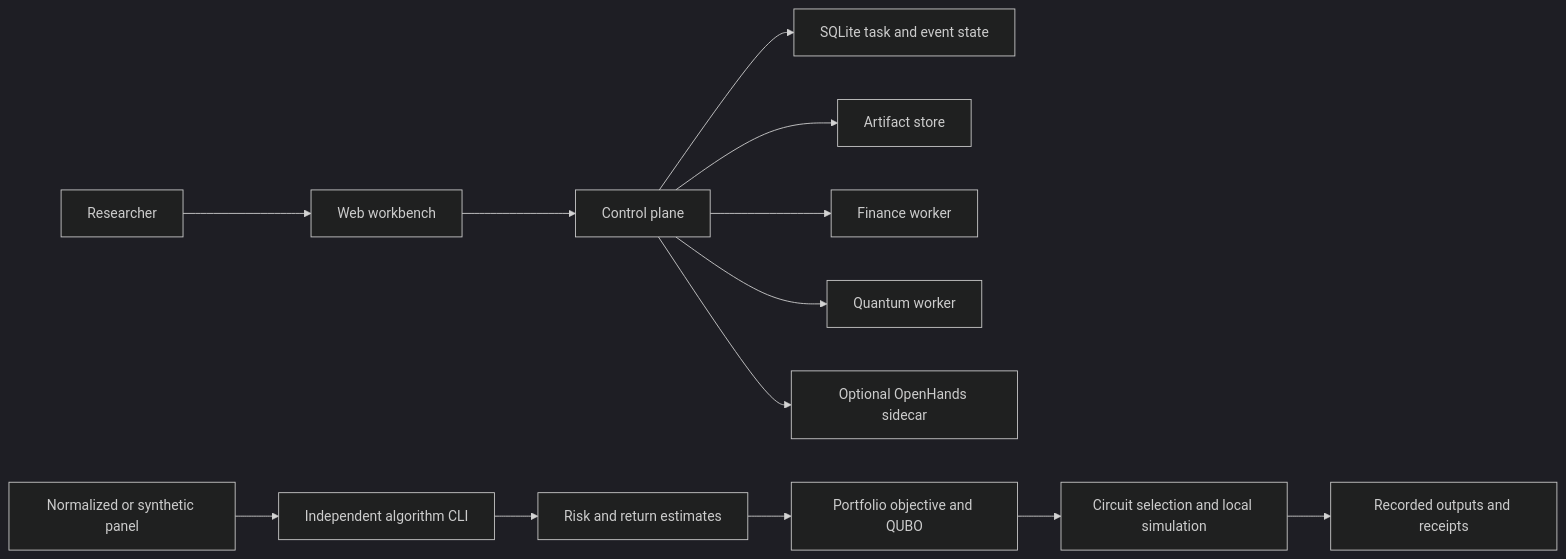
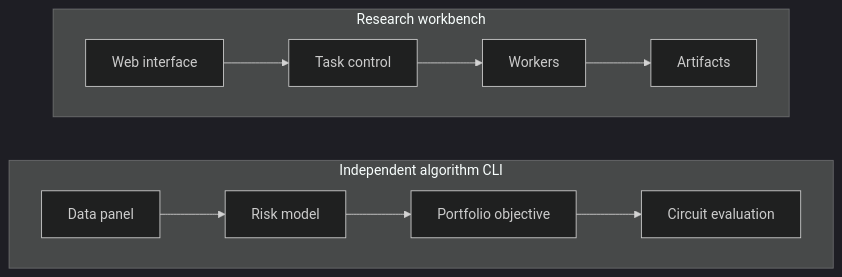
One commit to Soros2040/Q-Fintelligence changed the diagram in README.md. Above: the diagram before and after it, drawn with Mermaid (dark theme). The commit also changed 1 other file, not shown here.

Commit message:
Make homepage architecture overviews easier to read

````diff
--- a/README.md
+++ b/README.md
@@ -13,15 +13,12 @@
 ```mermaid
-flowchart LR
-    U[Researcher] --> W[Web workbench]
-    W --> C[Control plane]
-    C --> D[SQLite task and event state]
-    C --> A[Artifact store]
-    C --> F[Finance worker]
-    C --> Q[Quantum worker]
-    C --> O[Optional OpenHands sidecar]
-    I[Normalized or synthetic panel] --> P[Independent algorithm CLI]
-    P --> R[Risk and return estimates]
-    R --> B[Portfolio objective and QUBO]
-    B --> S[Circuit selection and local simulation]
-    S --> E[Recorded outputs and receipts]
+flowchart TB
+    subgraph Product[Research workbench]
+      direction LR
+      W[Web interface] --> C[Task control] --> R[Workers] --> A[Artifacts]
+    end
+    subgraph Algorithm[Independent algorithm CLI]
+      direction LR
+      D[Data panel] --> M[Risk model] --> P[Portfolio objective] --> Q[Circuit evaluation]
+    end
+    Product ~~~ Algorithm
 ```
````
